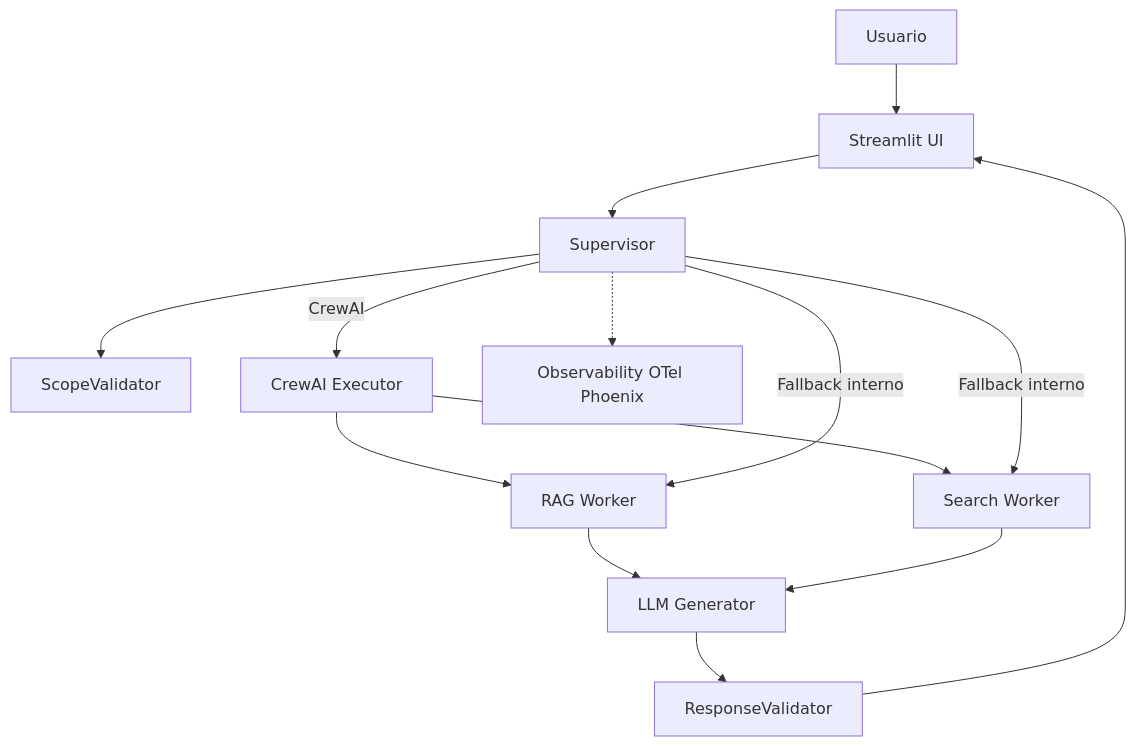
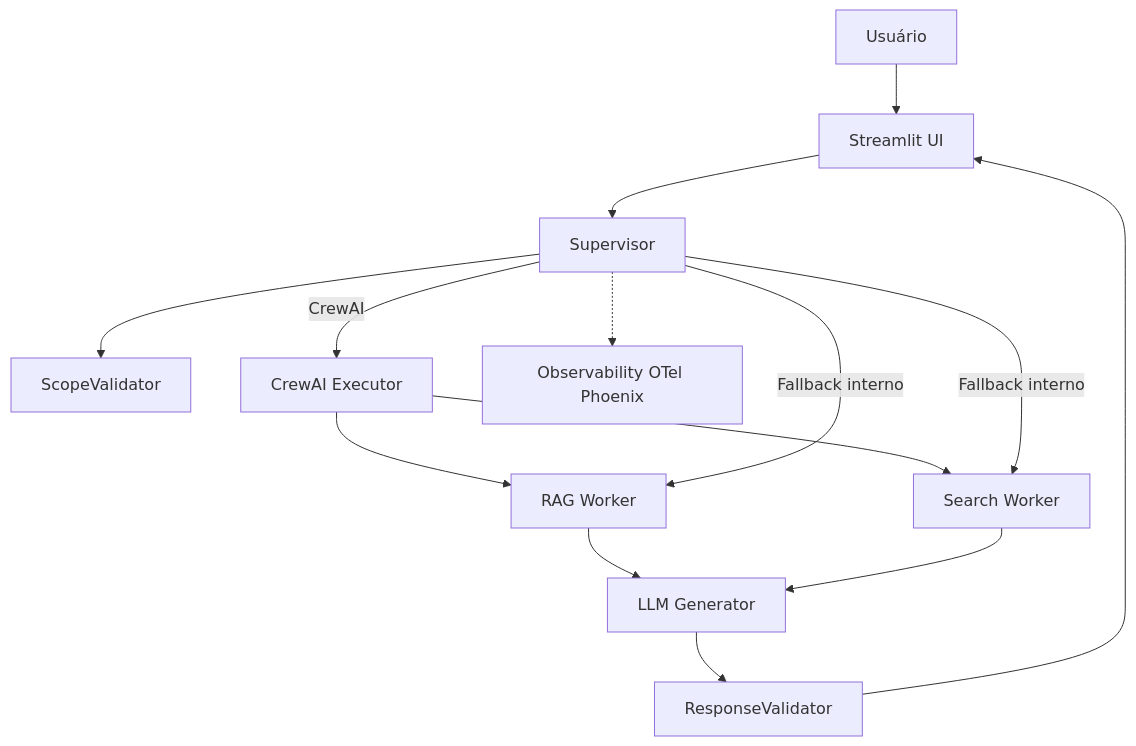
The diagram in README.md (jessicafalcundes/fifa-world-cup-chatbot), drawn with Mermaid before and after one commit. The commit also changed other lines of this file, not shown here.

````diff
--- a/README.md
+++ b/README.md
@@ -48,16 +48,16 @@
 ```mermaid
 graph TD
-  U[Usuario] --> UI[Streamlit UI]
+  U[Usuário] --> UI[Streamlit UI]
   UI --> S[Supervisor]
   S --> SV[ScopeValidator]
   S -->|CrewAI| CE[CrewAI Executor]
   CE --> RW[RAG Worker]
   CE --> SW[Search Worker]
   S -->|Fallback interno| RW
   S -->|Fallback interno| SW
   RW --> LLM[LLM Generator]
   SW --> LLM
   LLM --> VAL[ResponseValidator]
   VAL --> UI
   S -.-> OBS[Observability OTel Phoenix]
 ```
````
